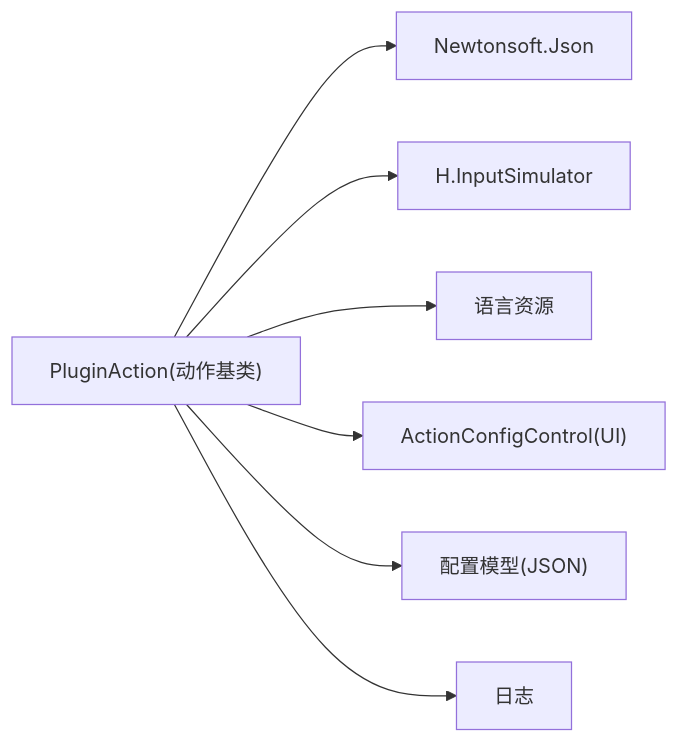
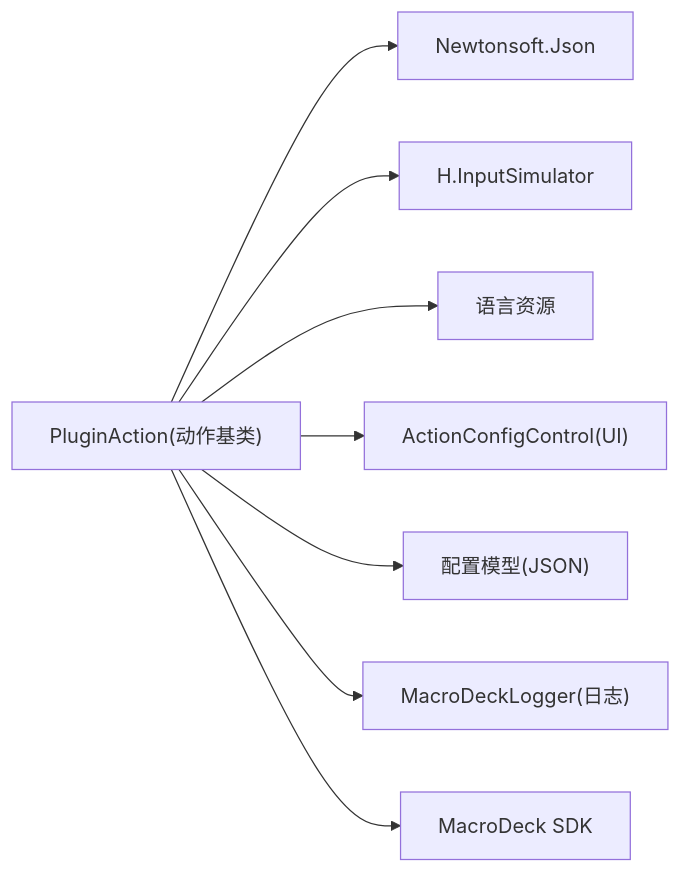
Before and after one commit to tea4go/Macro-Deck-Windows-Utils-Plugin: the eighth of 8 diagrams in .qoder/repowiki/zh/content/开发者指南/动作类开发/动作类开发.md, drawn with Mermaid. The commit also changed other lines of this file and 16 other files, not shown here.

````diff
--- a/.qoder/repowiki/zh/content/开发者指南/动作类开发/动作类开发.md
+++ b/.qoder/repowiki/zh/content/开发者指南/动作类开发/动作类开发.md
@@ -346,9 +497,10 @@
 ```mermaid
 graph LR
 Action["PluginAction(动作基类)"] --> Json["Newtonsoft.Json"]
 Action --> Input["H.InputSimulator"]
 Action --> Lang["语言资源"]
 Action --> UI["ActionConfigControl(UI)"]
 Action --> Model["配置模型(JSON)"]
-Action --> Logger["日志"]
+Action --> Logger["MacroDeckLogger(日志)"]
+Action --> SDK["MacroDeck SDK"]
 ```
````
